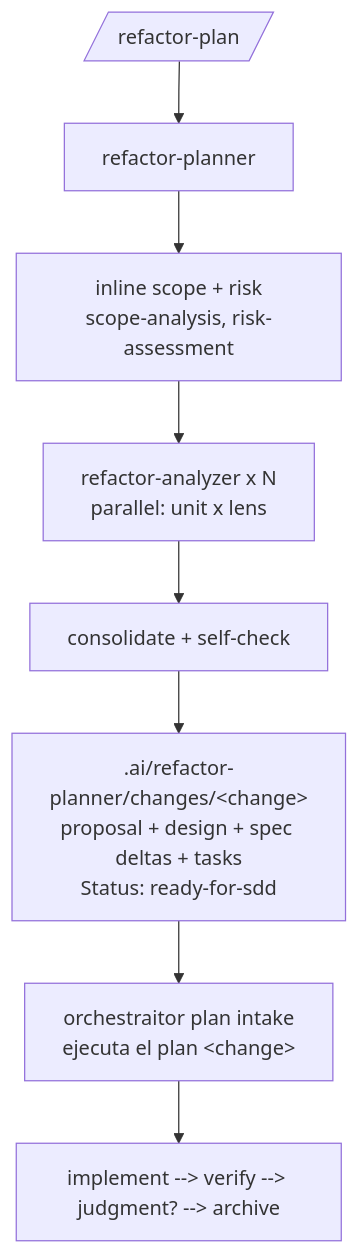
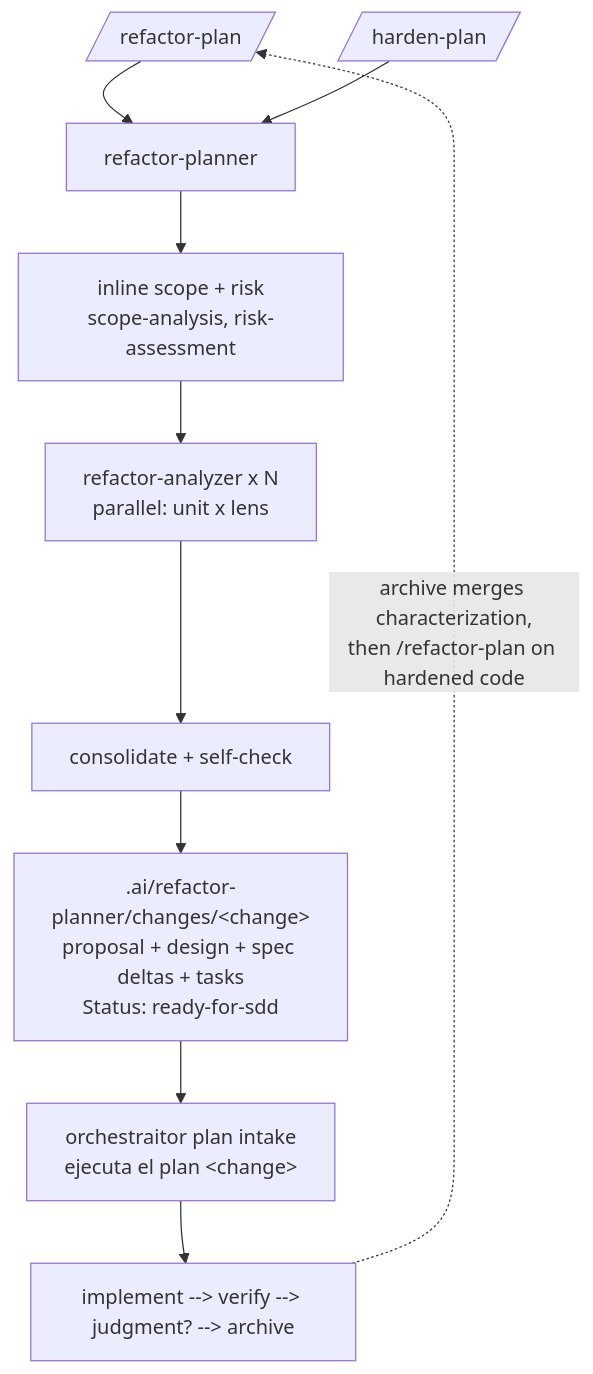
The diagram in domains/refactor/README.md (andresnator/agents-orchestrator), drawn with Mermaid before and after one commit. The commit also changed other lines of this file and 20 other files, not shown here.

First line of the commit message:
feat(refactor): introduce /harden-plan for test safety net before refactoring

````diff
--- a/domains/refactor/README.md
+++ b/domains/refactor/README.md
@@ -13,10 +17,12 @@
 ```mermaid
 graph TD
-  command[/refactor-plan/] --> planner[refactor-planner]
+  refactor[/refactor-plan/] --> planner[refactor-planner]
+  harden[/harden-plan/] --> planner
   planner --> scope[inline scope + risk<br/>scope-analysis, risk-assessment]
   scope --> fanout[refactor-analyzer x N<br/>parallel: unit x lens]
   fanout --> consolidate[consolidate + self-check]
   consolidate --> bundle[".ai/refactor-planner/changes/&lt;change&gt;<br/>proposal + design + spec deltas + tasks<br/>Status: ready-for-sdd"]
   bundle --> adopt[orchestraitor plan intake<br/>ejecuta el plan &lt;change&gt;]
   adopt --> sdd[implement --> verify --> judgment? --> archive]
+  sdd -.->|archive merges characterization,<br/>then /refactor-plan on hardened code| refactor
 ```
````
